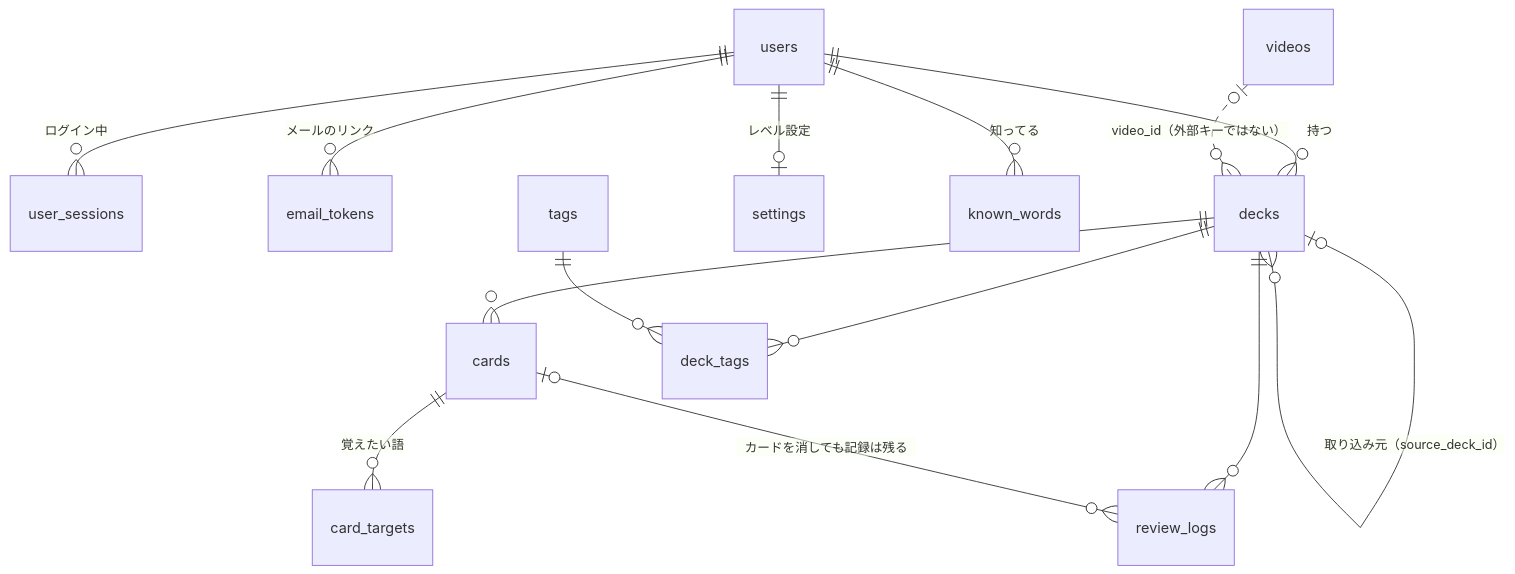
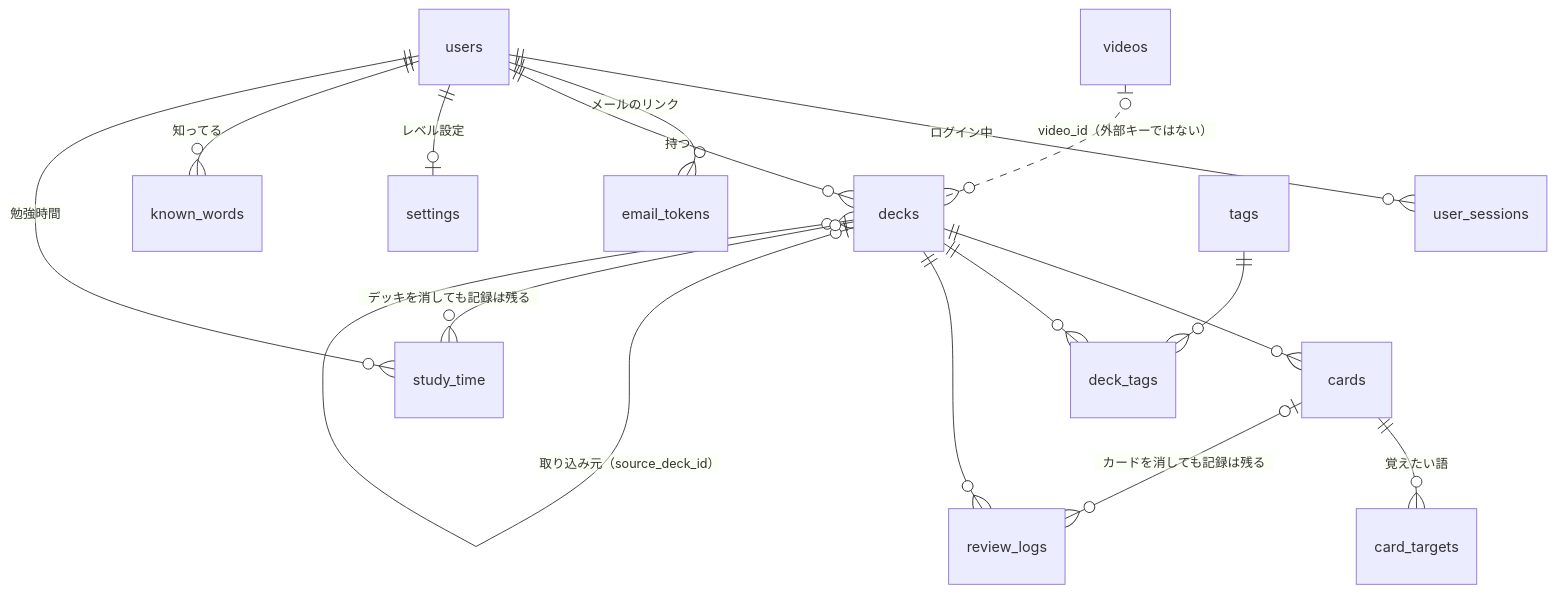
One commit to keizoku/flashcard-app changed the diagram in docs/data-model.md. Above: the diagram before and after it, drawn with Mermaid. The commit also changed other lines of this file and 23 other files, not shown here.

````diff
--- a/docs/data-model.md
+++ b/docs/data-model.md
@@ -8,16 +8,18 @@
 ```mermaid
 erDiagram
   users ||--o{ user_sessions : "ログイン中"
   users ||--o{ email_tokens : "メールのリンク"
   users ||--o{ decks : "持つ"
   users ||--o| settings : "レベル設定"
   users ||--o{ known_words : "知ってる"
   decks ||--o{ cards : ""
   decks ||--o{ deck_tags : ""
   tags  ||--o{ deck_tags : ""
   cards ||--o{ card_targets : "覚えたい語"
   decks ||--o{ review_logs : ""
   cards |o--o{ review_logs : "カードを消しても記録は残る"
   decks |o--o{ decks : "取り込み元（source_deck_id）"
   videos |o..o{ decks : "video_id（外部キーではない）"
+  users ||--o{ study_time : "勉強時間"
+  decks |o--o{ study_time : "デッキを消しても記録は残る"
 ```
````
